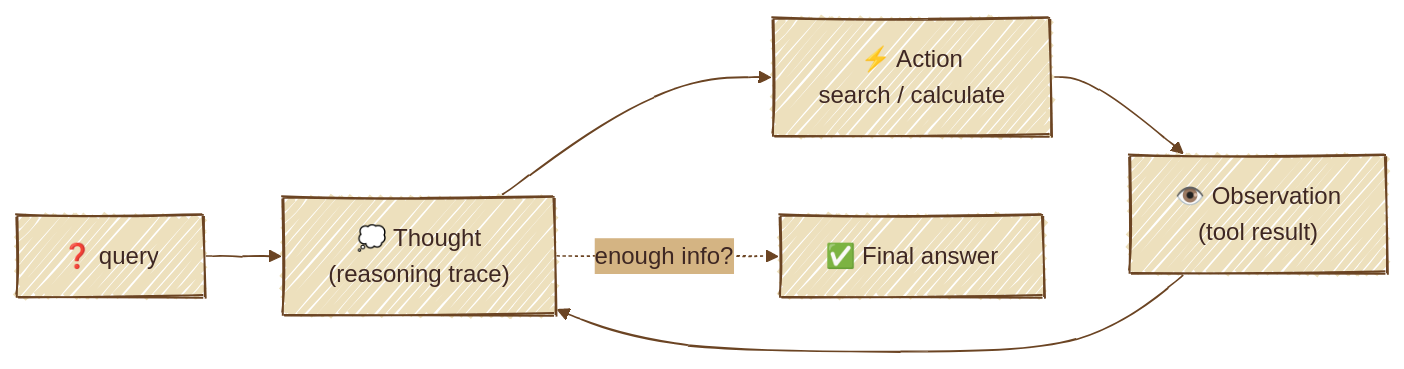
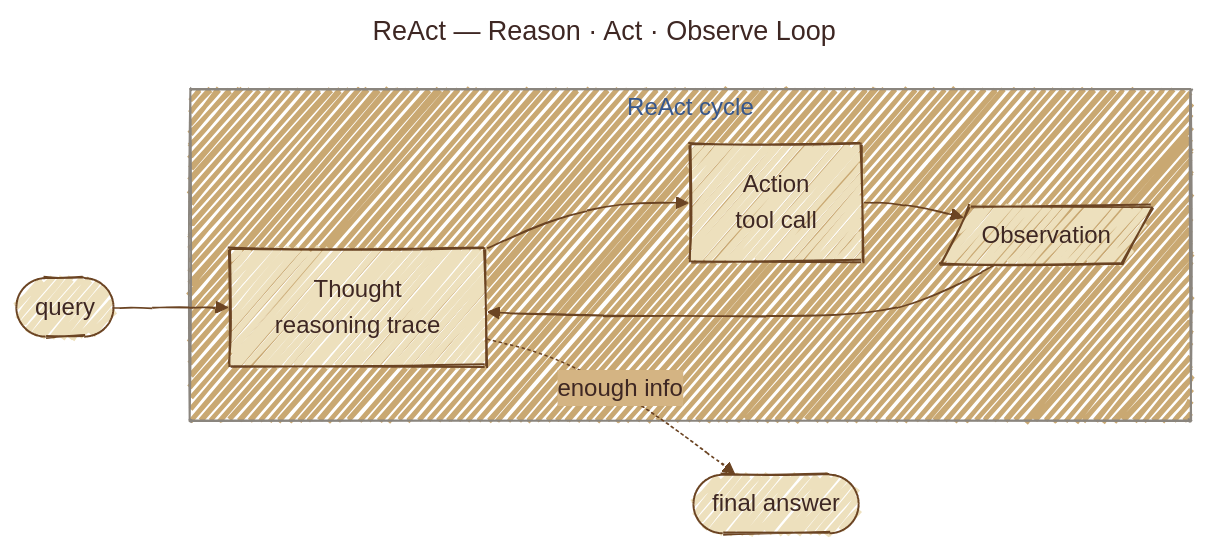
Before and after one commit to gtesei/agentic_design_patterns: the eighth of 29 diagrams in README.md, drawn with Mermaid. The commit also changed other lines of this file, not shown here.

Commit message:
docs(1_prompt_chain): add Mermaid diagram of the spec→JSON chain

````diff
--- a/README.md
+++ b/README.md
@@ -509,11 +566,19 @@
 ```mermaid
+---
+title: ReAct — Reason · Act · Observe Loop
+---
 %%{init: {'look':'handDrawn','theme':'base','themeVariables':{'background':'#f5ecd9','primaryColor':'#ede0bd','primaryBorderColor':'#6b4423','primaryTextColor':'#3e2723','lineColor':'#6b4423','secondaryColor':'#d4b483','tertiaryColor':'#c9a872','fontFamily':'Caveat, Patrick Hand, cursive'}}}%%
 flowchart LR
-    Q["❓ query"]
-    T["💭 Thought<br/>(reasoning trace)"]
-    A["⚡ Action<br/>search / calculate"]
-    O["👁️ Observation<br/>(tool result)"]
-    F["✅ Final answer"]
-    Q --> T --> A --> O --> T
-    T -. "enough info?" .-> F
+    Q([query])
+    F([final answer])
+
+    subgraph loop ["ReAct cycle"]
+        T[Thought<br/>reasoning trace]
+        A[Action<br/>tool call]
+        O[/Observation/]
+        T --> A --> O --> T
+    end
+
+    Q --> T
+    T -. "enough info" .-> F
 ```
````
